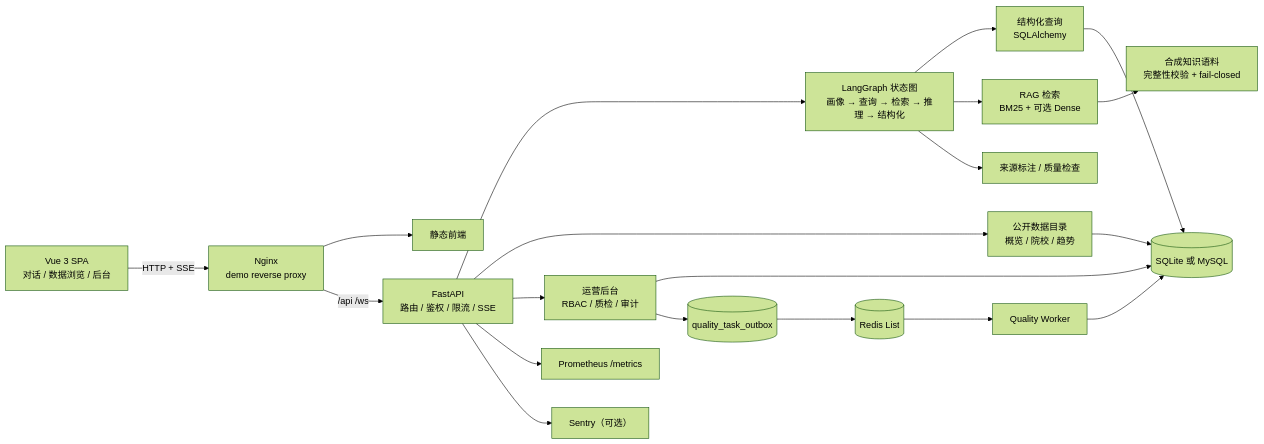
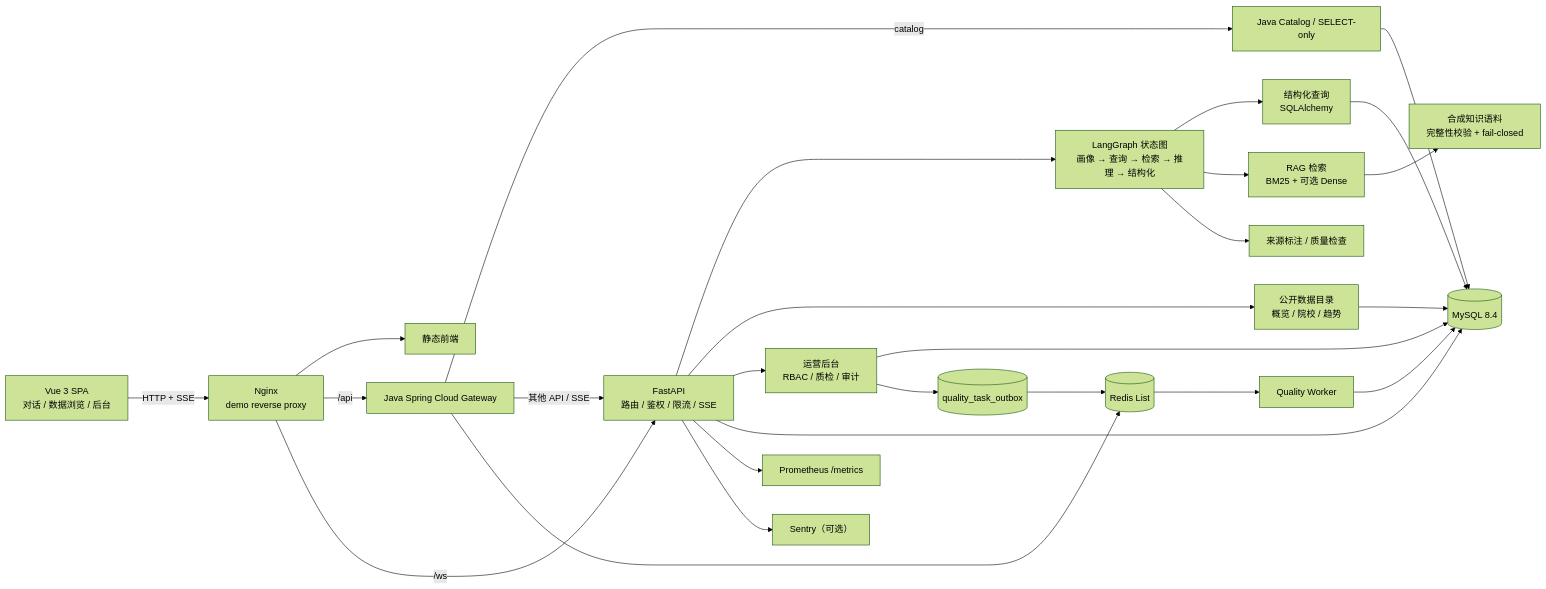
The diagram in README.md (Xander-Xai/Gaobao-Advisor), drawn with Mermaid (forest theme) before and after one commit. The commit also changed other lines of this file and 34 other files, not shown here.

First line of the commit message:
feat(architecture): standardize full stack and industrial admission gates (#198)

````diff
--- a/README.md
+++ b/README.md
@@ -240,27 +238,33 @@
 ```mermaid
 flowchart LR
     Browser["Vue 3 SPA<br/>对话 / 数据浏览 / 后台"] -->|HTTP + SSE| Nginx["Nginx<br/>demo reverse proxy"]
     Nginx --> SPA["静态前端"]
-    Nginx -->|/api /ws| API["FastAPI<br/>路由 / 鉴权 / 限流 / SSE"]
+    Nginx -->|/api| Gateway["Java Spring Cloud Gateway"]
+    Nginx -->|/ws| API["FastAPI<br/>路由 / 鉴权 / 限流 / SSE"]
+    Gateway -->|catalog| Catalog["Java Catalog / SELECT-only"]
+    Gateway -->|其他 API / SSE| API
 
     API --> Graph["LangGraph 状态图<br/>画像 → 查询 → 检索 → 推理 → 结构化"]
     API --> DataAPI["公开数据目录<br/>概览 / 院校 / 趋势"]
     API --> Admin["运营后台<br/>RBAC / 质检 / 审计"]
 
     Graph --> SQL["结构化查询<br/>SQLAlchemy"]
     Graph --> RAG["RAG 检索<br/>BM25 + 可选 Dense"]
     Graph --> Quality["来源标注 / 质量检查"]
 
-    SQL --> DB[("SQLite 或 MySQL")]
+    SQL --> DB[("MySQL 8.4")]
+    Catalog --> DB
+    Gateway --> Redis
+    API --> DB
     DataAPI --> DB
     Admin --> DB
     RAG --> Corpus["合成知识语料<br/>完整性校验 + fail-closed"]
 
     Admin --> Outbox[("quality_task_outbox")]
     Outbox --> Redis[("Redis List")]
     Redis --> Worker["Quality Worker"]
     Worker --> DB
 
     API --> Metrics["Prometheus /metrics"]
     API --> Sentry["Sentry（可选）"]
 ```
````
